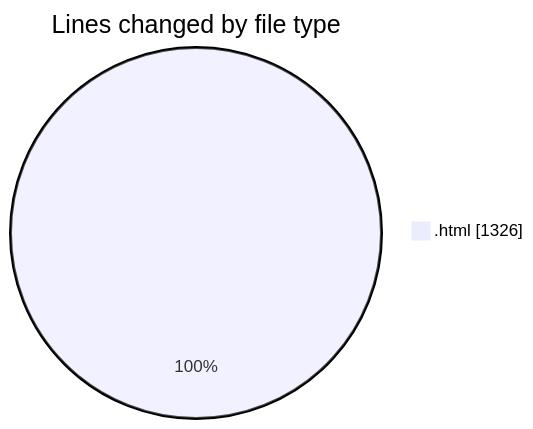
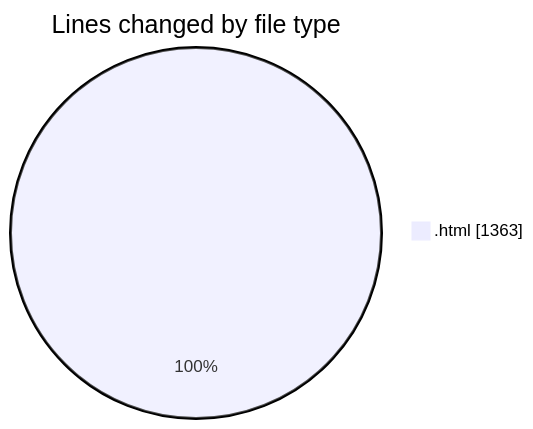
Before and after one commit to Ritupan-Deka/code-tracking: the first of 2 diagrams in 2025-05-21/filetransfer/README.md, drawn with Mermaid. The commit also changed other lines of this file and 1 other file, not shown here.

````diff
--- a/2025-05-21/filetransfer/README.md
+++ b/2025-05-21/filetransfer/README.md
@@ -22,5 +22,5 @@
 ```mermaid
 pie showData
 title Lines changed by file type
-".html" : 1326
+".html" : 1363
 ```
````
